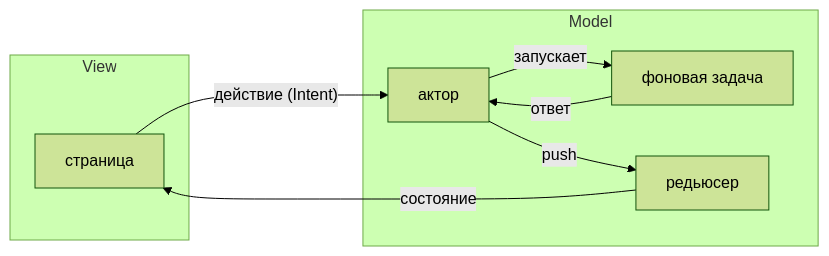
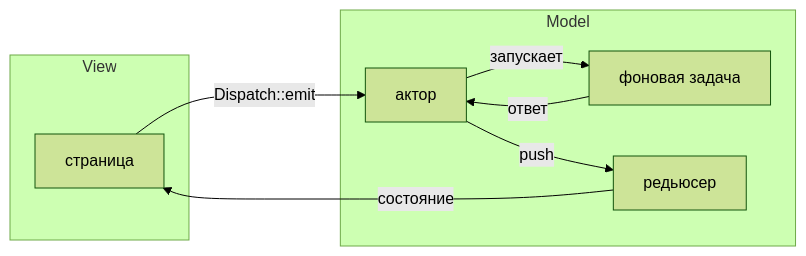
Before and after one commit to guinea-rs/guinea: the diagram in landing/src/content/docs/ru/introduction.md, drawn with Mermaid (forest theme). The commit also changed other lines of this file and 62 other files, not shown here.

````diff
--- a/landing/src/content/docs/ru/introduction.md
+++ b/landing/src/content/docs/ru/introduction.md
@@ -31,16 +40,16 @@
 ```mermaid
 flowchart LR
     subgraph View
         page[страница]
     end
     subgraph Model
         actor[актор]
         task[фоновая задача]
         reducer[редьюсер]
     end
-    page -->|"действие (Intent)"| actor
+    page -->|"Dispatch::emit"| actor
     actor -->|запускает| task
     task -->|ответ| actor
     actor -->|push| reducer
     reducer -->|состояние| page
 ```
````
